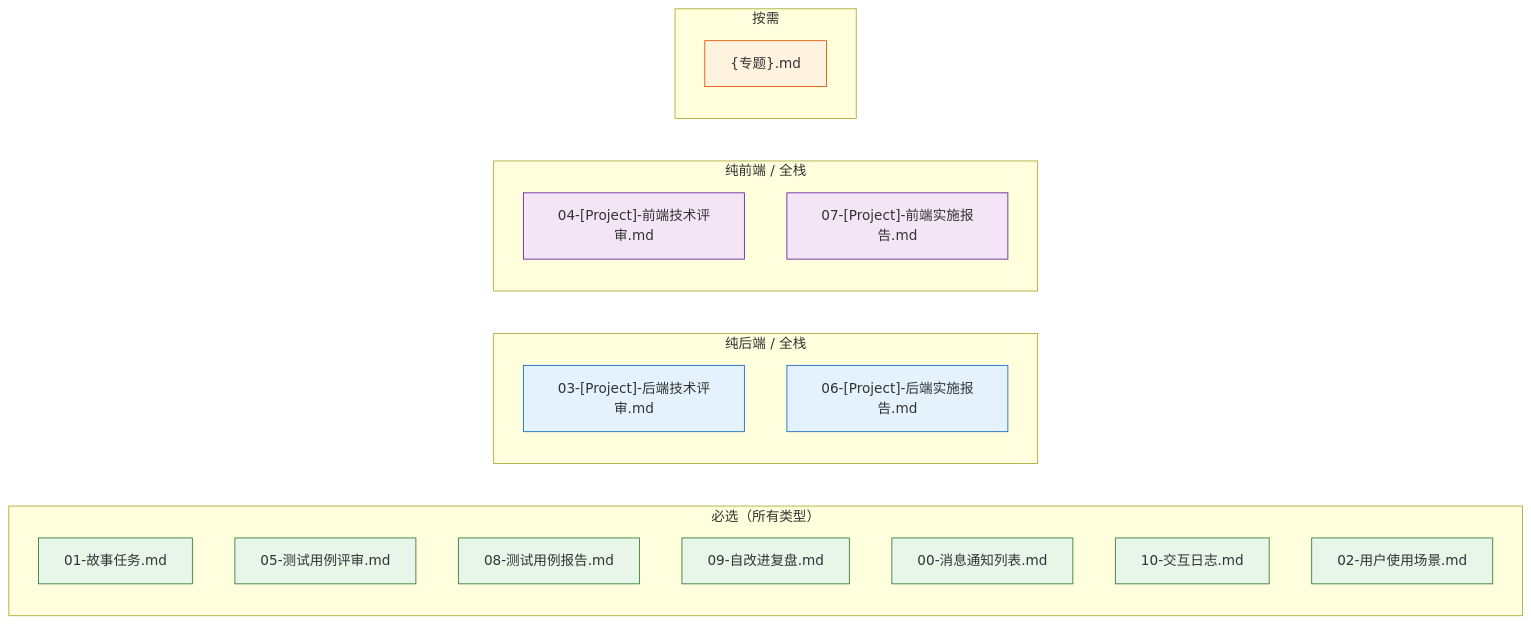
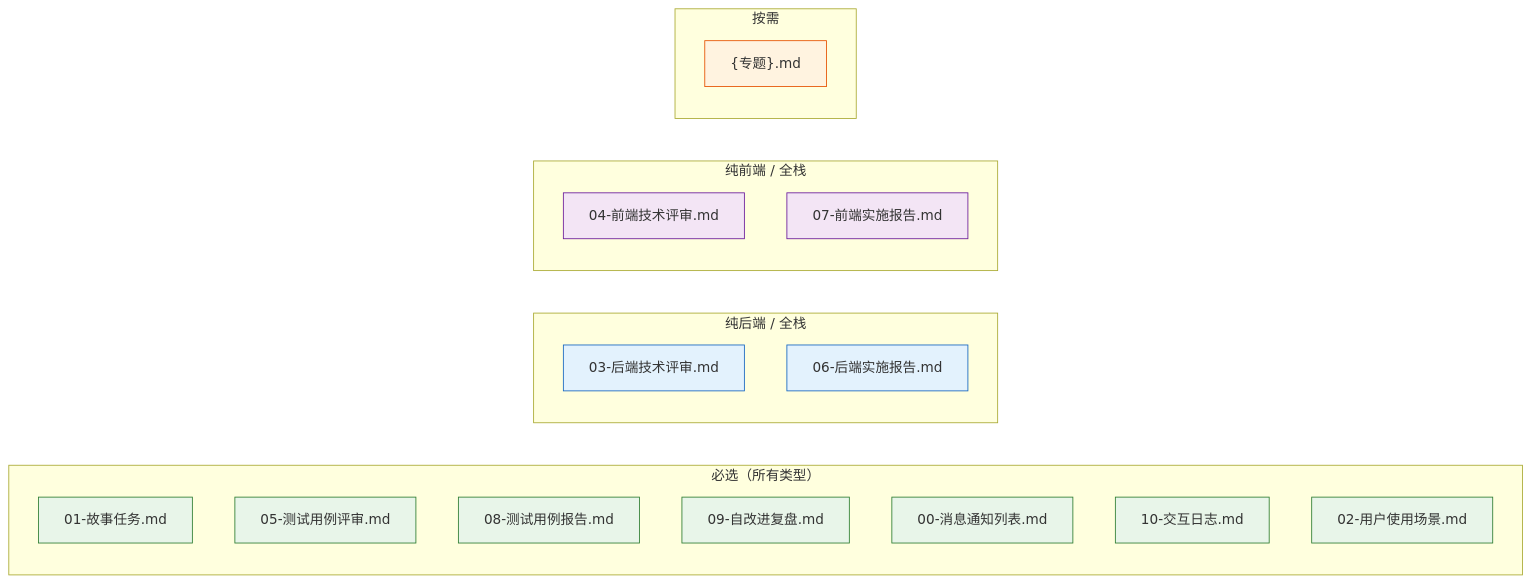
The first of 5 diagrams in skills/rui/coder.md (effiy/YrY), drawn with Mermaid before and after one commit. The commit also changed other lines of this file and 22 other files, not shown here.

````diff
--- a/skills/rui/coder.md
+++ b/skills/rui/coder.md
@@ -18,28 +18,28 @@
 ```mermaid
 flowchart LR
     subgraph 必选["必选（所有类型）"]
         B1["01-故事任务.md"]:::must
         B2["05-测试用例评审.md"]:::must
         B3["08-测试用例报告.md"]:::must
         B4["09-自改进复盘.md"]:::must
         B5["00-消息通知列表.md"]:::must
         B6["10-交互日志.md"]:::must
         B7["02-用户使用场景.md"]:::must
     end
     subgraph 后端["纯后端 / 全栈"]
-        C1["03-[Project]-后端技术评审.md"]:::be
-        C2["06-[Project]-后端实施报告.md"]:::be
+        C1["03-后端技术评审.md"]:::be
+        C2["06-后端实施报告.md"]:::be
     end
     subgraph 前端["纯前端 / 全栈"]
-        D1["04-[Project]-前端技术评审.md"]:::fe
-        D2["07-[Project]-前端实施报告.md"]:::fe
+        D1["04-前端技术评审.md"]:::fe
+        D2["07-前端实施报告.md"]:::fe
     end
     subgraph 补充["按需"]
         E1["{专题}.md"]:::supp
     end
 
     classDef must fill:#e8f5e9,stroke:#2e7d32;
     classDef be fill:#e3f2fd,stroke:#1565c0;
     classDef fe fill:#f3e5f5,stroke:#6a1b9a;
     classDef supp fill:#fff3e0,stroke:#e65100;
 ```
````
